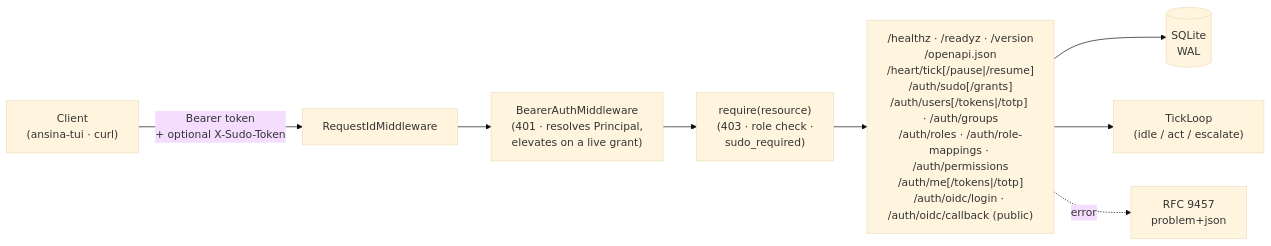
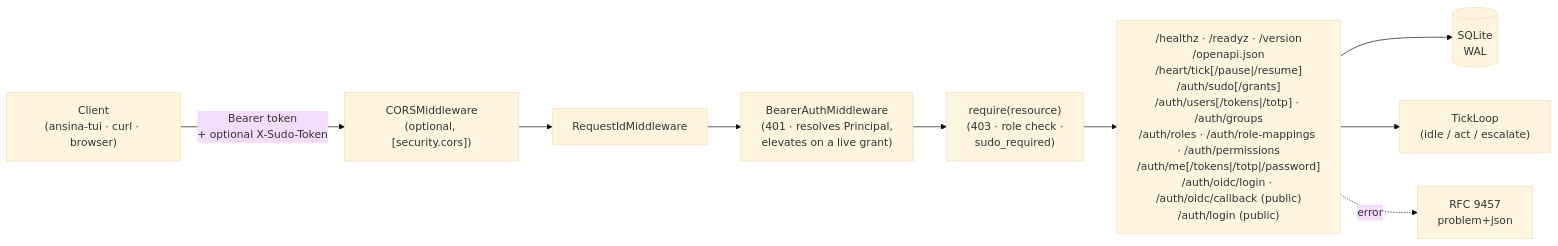
One commit to giacchetta/ansina changed the first of 2 diagrams in README.md. Above: the diagram before and after it, drawn with Mermaid (base theme). The commit also changed other lines of this file and 35 other files, not shown here.

First line of the commit message:
Ansina — Password Login & Third-Party API Clients (#52)

````diff
--- a/README.md
+++ b/README.md
@@ -9,10 +9,11 @@
 ```mermaid
 flowchart LR
-    Client["Client<br/>(ansina-tui · curl)"] -->|Bearer token<br/>+ optional X-Sudo-Token| MW["RequestIdMiddleware"]
+    Client["Client<br/>(ansina-tui · curl · browser)"] -->|Bearer token<br/>+ optional X-Sudo-Token| CORS["CORSMiddleware<br/>(optional, [security.cors])"]
+    CORS --> MW["RequestIdMiddleware"]
     MW --> Auth["BearerAuthMiddleware<br/>(401 · resolves Principal,<br/>elevates on a live grant)"]
     Auth --> Authz["require(resource)<br/>(403 · role check ·<br/>sudo_required)"]
-    Authz --> Routes["/healthz · /readyz · /version<br/>/openapi.json<br/>/heart/tick[/pause|/resume]<br/>/auth/sudo[/grants]<br/>/auth/users[/tokens|/totp] · /auth/groups<br/>/auth/roles · /auth/role-mappings · /auth/permissions<br/>/auth/me[/tokens|/totp]<br/>/auth/oidc/login · /auth/oidc/callback (public)"]
+    Authz --> Routes["/healthz · /readyz · /version<br/>/openapi.json<br/>/heart/tick[/pause|/resume]<br/>/auth/sudo[/grants]<br/>/auth/users[/tokens|/totp] · /auth/groups<br/>/auth/roles · /auth/role-mappings · /auth/permissions<br/>/auth/me[/tokens|/totp|/password]<br/>/auth/oidc/login · /auth/oidc/callback (public)<br/>/auth/login (public)"]
     Routes --> DB[("SQLite<br/>WAL")]
     Routes --> Tick["TickLoop<br/>(idle / act / escalate)"]
     Routes -.error.-> Problem["RFC 9457<br/>problem+json"]
 ```
````
